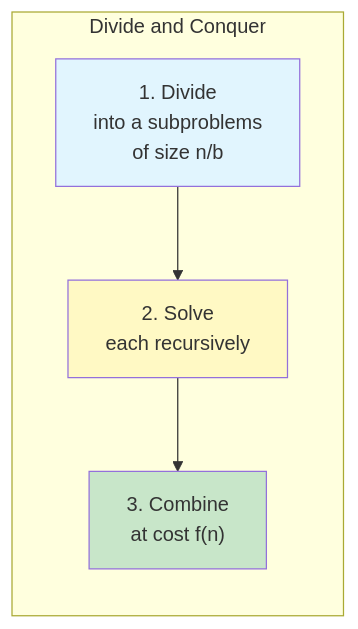
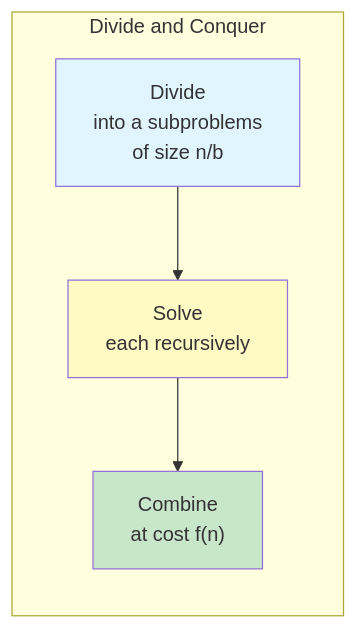
Before and after one commit to Nathan0820/vault: the third of 4 diagrams in content/CS3230/L3.md, drawn with Mermaid. The commit also changed 2 other files, not shown here.

Commit message:
Quartz sync: Apr 23, 2026, 5:30 PM

````diff
--- a/content/CS3230/L3.md
+++ b/content/CS3230/L3.md
@@ -219,14 +219,14 @@
 ```mermaid
 flowchart LR
     subgraph DnC ["Divide and Conquer"]
-        Divide["1. Divide<br/>into a subproblems<br/>of size n/b"]
-        Solve["2. Solve<br/>each recursively"]
-        Combine["3. Combine<br/>at cost f(n)"]
+        Divide["Divide<br/>into a subproblems<br/>of size n/b"]
+        Solve["Solve<br/>each recursively"]
+        Combine["Combine<br/>at cost f(n)"]
     end
 
     Divide --> Solve --> Combine
 
     style Divide fill:#e1f5fe
     style Solve fill:#fff9c4
     style Combine fill:#c8e6c9
 ```
````
